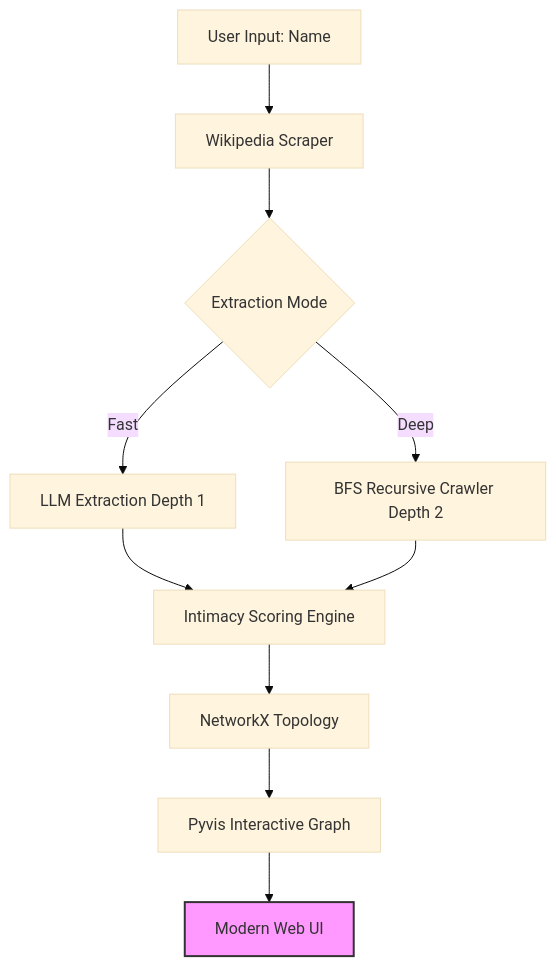
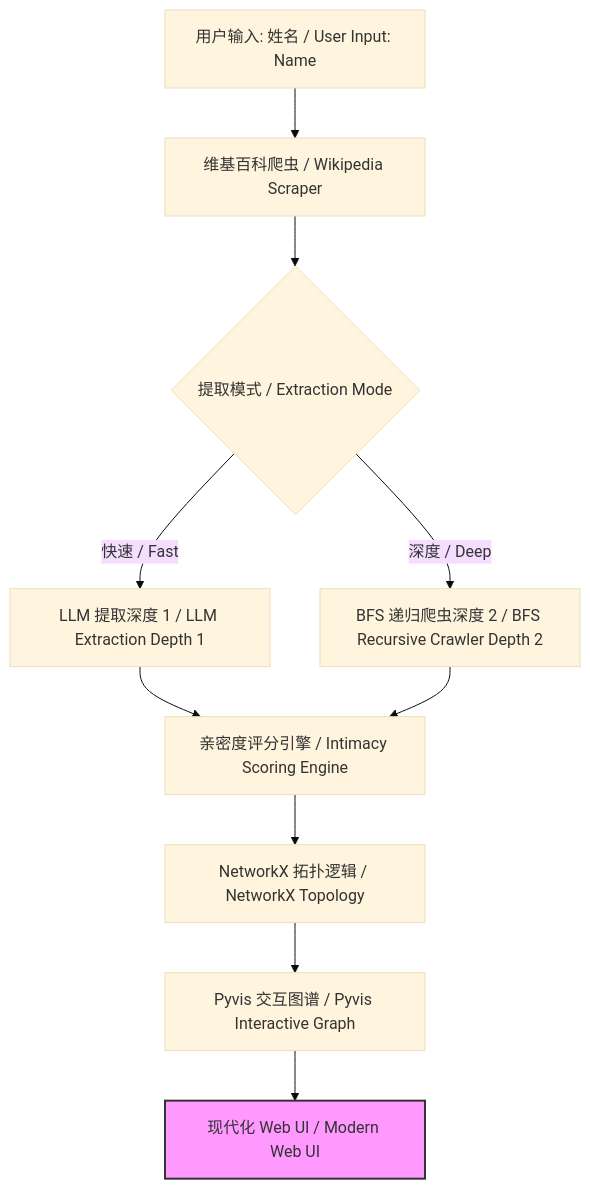
One commit to zytjmy1/CelebrityRelationsGraph changed the diagram in README.md. Above: the diagram before and after it, drawn with Mermaid (base theme). The commit also changed other lines of this file, not shown here.

````diff
--- a/README.md
+++ b/README.md
@@ -47,13 +57,13 @@
 ```mermaid
 graph TD
-    A[User Input: Name] --> B[Wikipedia Scraper]
-    B --> C{Extraction Mode}
-    C -- Fast --> D[LLM Extraction Depth 1]
-    C -- Deep --> E[BFS Recursive Crawler Depth 2]
-    D --> F[Intimacy Scoring Engine]
+    A[用户输入: 姓名 / User Input: Name] --> B[维基百科爬虫 / Wikipedia Scraper]
+    B --> C{提取模式 / Extraction Mode}
+    C -- 快速 / Fast --> D[LLM 提取深度 1 / LLM Extraction Depth 1]
+    C -- 深度 / Deep --> E[BFS 递归爬虫深度 2 / BFS Recursive Crawler Depth 2]
+    D --> F[亲密度评分引擎 / Intimacy Scoring Engine]
     E --> F
-    F --> G[NetworkX Topology]
-    G --> H[Pyvis Interactive Graph]
-    H --> I[Modern Web UI]
+    F --> G[NetworkX 拓扑逻辑 / NetworkX Topology]
+    G --> H[Pyvis 交互图谱 / Pyvis Interactive Graph]
+    H --> I[现代化 Web UI / Modern Web UI]
     style I fill:#f9f,stroke:#333,stroke-width:2px
 ```
````
